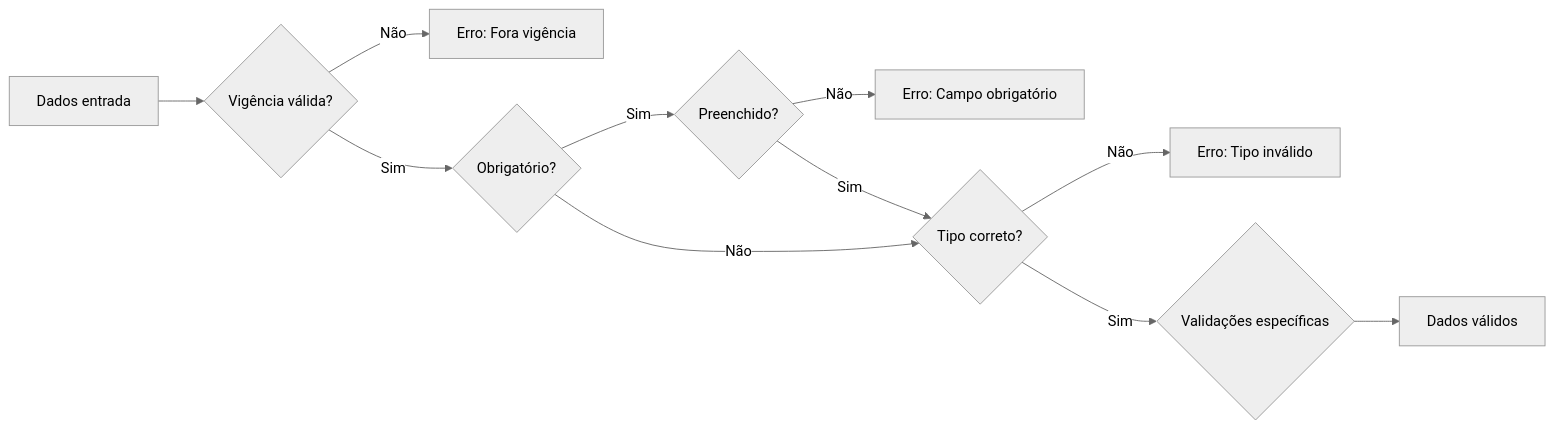
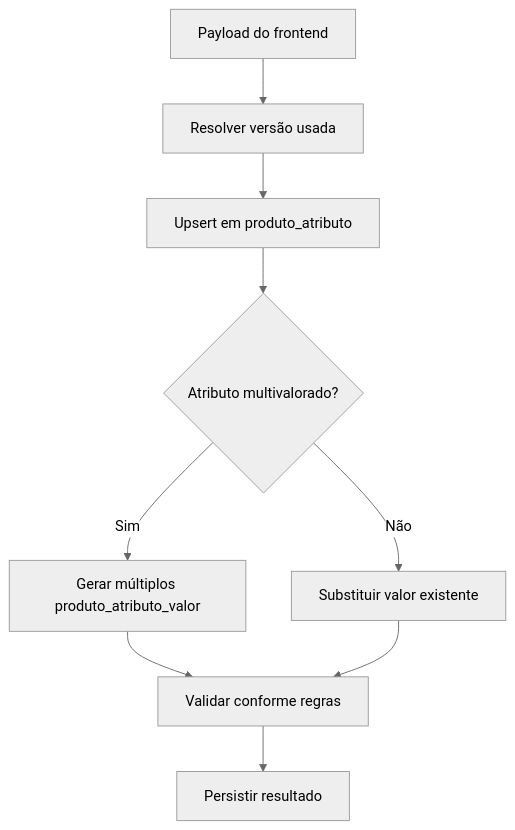
One commit to danielchaves22/catalogo-produtos changed the third of 3 diagrams in docs/atributos_dinamicos/ATRIBUTOS_DINAMICOS.md. Above: the diagram before and after it, drawn with Mermaid (neutral theme). The commit also changed other lines of this file and 13 other files, not shown here.

````diff
--- a/docs/atributos_dinamicos/ATRIBUTOS_DINAMICOS.md
+++ b/docs/atributos_dinamicos/ATRIBUTOS_DINAMICOS.md
@@ -235,13 +131,11 @@
 ```mermaid
-flowchart LR
-    A[Dados entrada] --> B{Vigência válida?}
-    B -->|Não| C[Erro: Fora vigência]
-    B -->|Sim| D{Obrigatório?}
-    D -->|Sim| E{Preenchido?}
-    E -->|Não| F[Erro: Campo obrigatório]
-    E -->|Sim| G{Tipo correto?}
-    D -->|Não| G
-    G -->|Não| H[Erro: Tipo inválido]
-    G -->|Sim| I{Validações específicas}
-    I --> J[Dados válidos]
+flowchart TD
+    A[Payload do frontend] --> B[Resolver versão usada]
+    B --> C[Upsert em produto_atributo]
+    C --> D{Atributo multivalorado?}
+    D -->|Sim| E[Gerar múltiplos produto_atributo_valor]
+    D -->|Não| F[Substituir valor existente]
+    E --> G[Validar conforme regras]
+    F --> G
+    G --> H[Persistir resultado]
 ```
````
